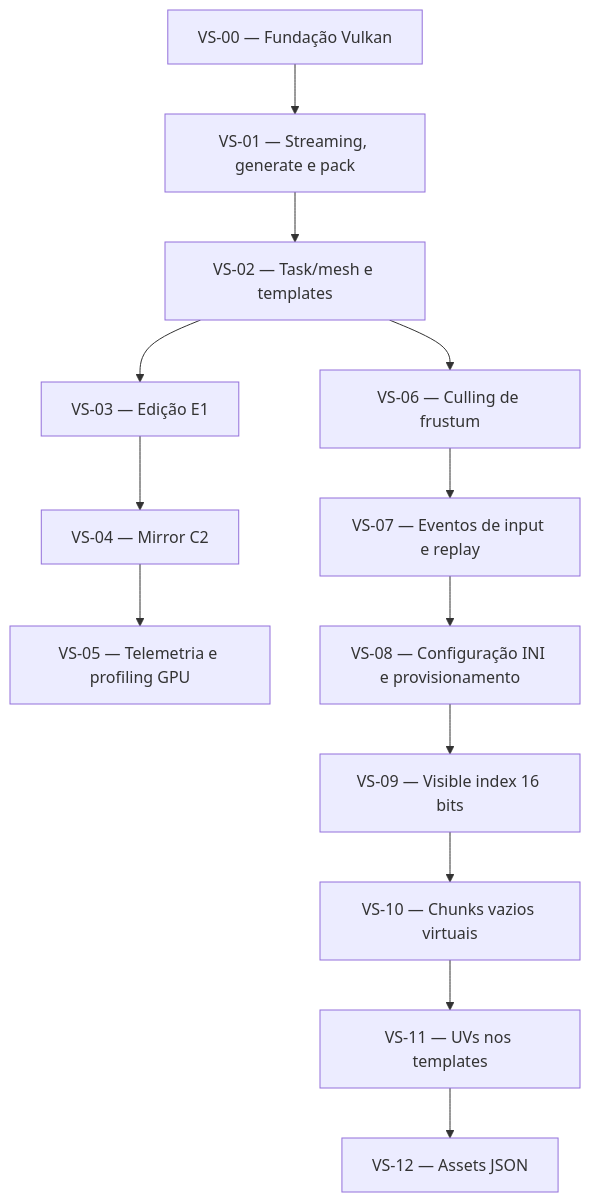
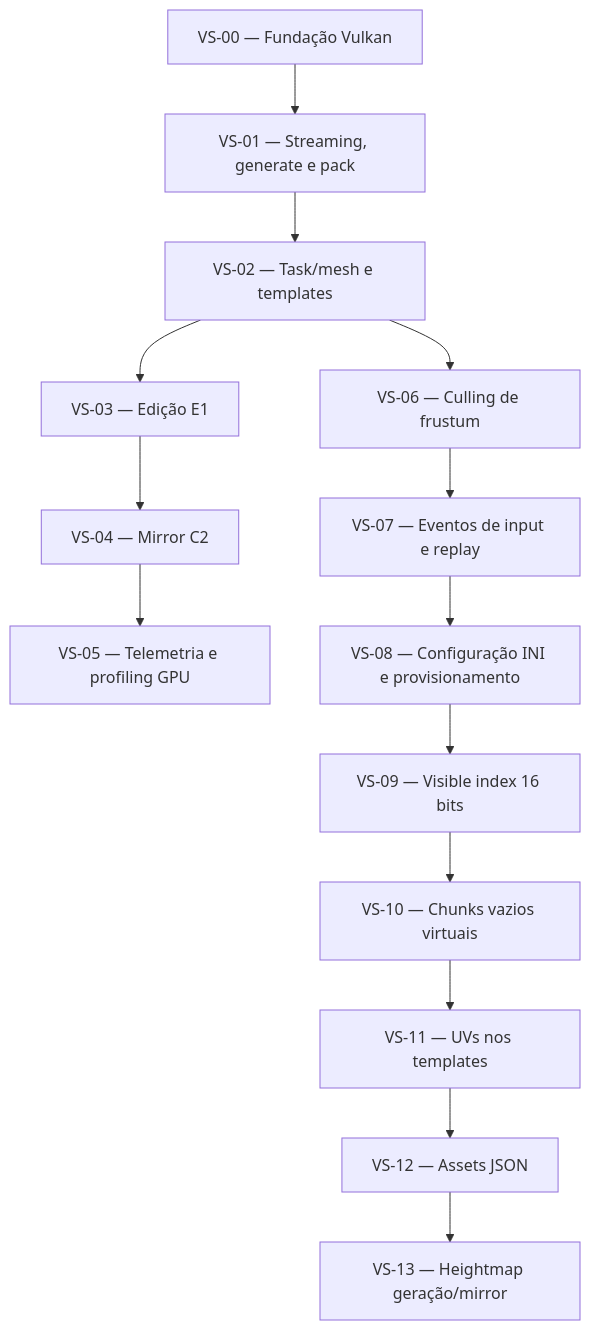
One commit to Ruannilton/vox changed the diagram in docs/obsidian/tracking/dependencias.md. Above: the diagram before and after it, drawn with Mermaid. The commit also changed other lines of this file and 16 other files, not shown here.

````diff
--- a/docs/obsidian/tracking/dependencias.md
+++ b/docs/obsidian/tracking/dependencias.md
@@ -7,29 +7,31 @@
 ```mermaid
 graph TD
     VS00[VS-00 — Fundação Vulkan]
     VS01[VS-01 — Streaming, generate e pack]
     VS02[VS-02 — Task/mesh e templates]
     VS03[VS-03 — Edição E1]
     VS04[VS-04 — Mirror C2]
     VS05[VS-05 — Telemetria e profiling GPU]
     VS06[VS-06 — Culling de frustum]
     VS07[VS-07 — Eventos de input e replay]
     VS08[VS-08 — Configuração INI e provisionamento]
     VS09[VS-09 — Visible index 16 bits]
     VS10[VS-10 — Chunks vazios virtuais]
     VS11[VS-11 — UVs nos templates]
     VS12[VS-12 — Assets JSON]
+    VS13[VS-13 — Heightmap geração/mirror]
 
     VS00 --> VS01
     VS01 --> VS02
     VS02 --> VS03
     VS03 --> VS04
     VS04 --> VS05
     VS02 --> VS06
     VS06 --> VS07
     VS07 --> VS08
     VS08 --> VS09
     VS09 --> VS10
     VS10 --> VS11
     VS11 --> VS12
+    VS12 --> VS13
 ```
````
